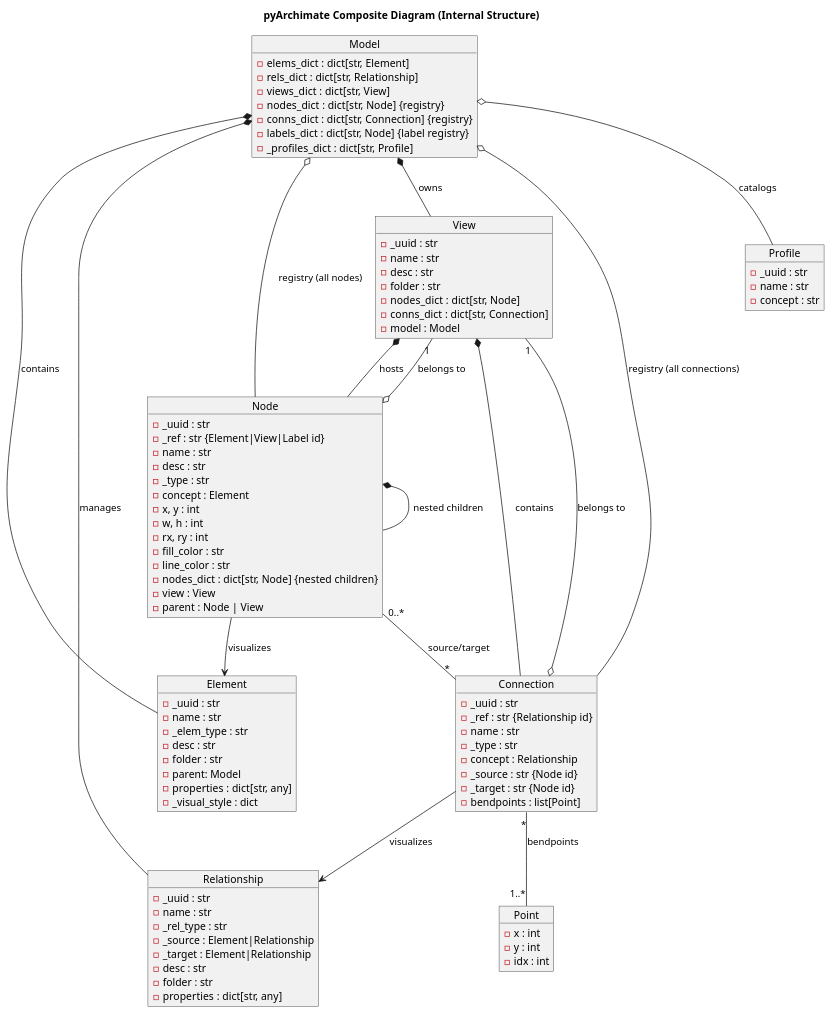
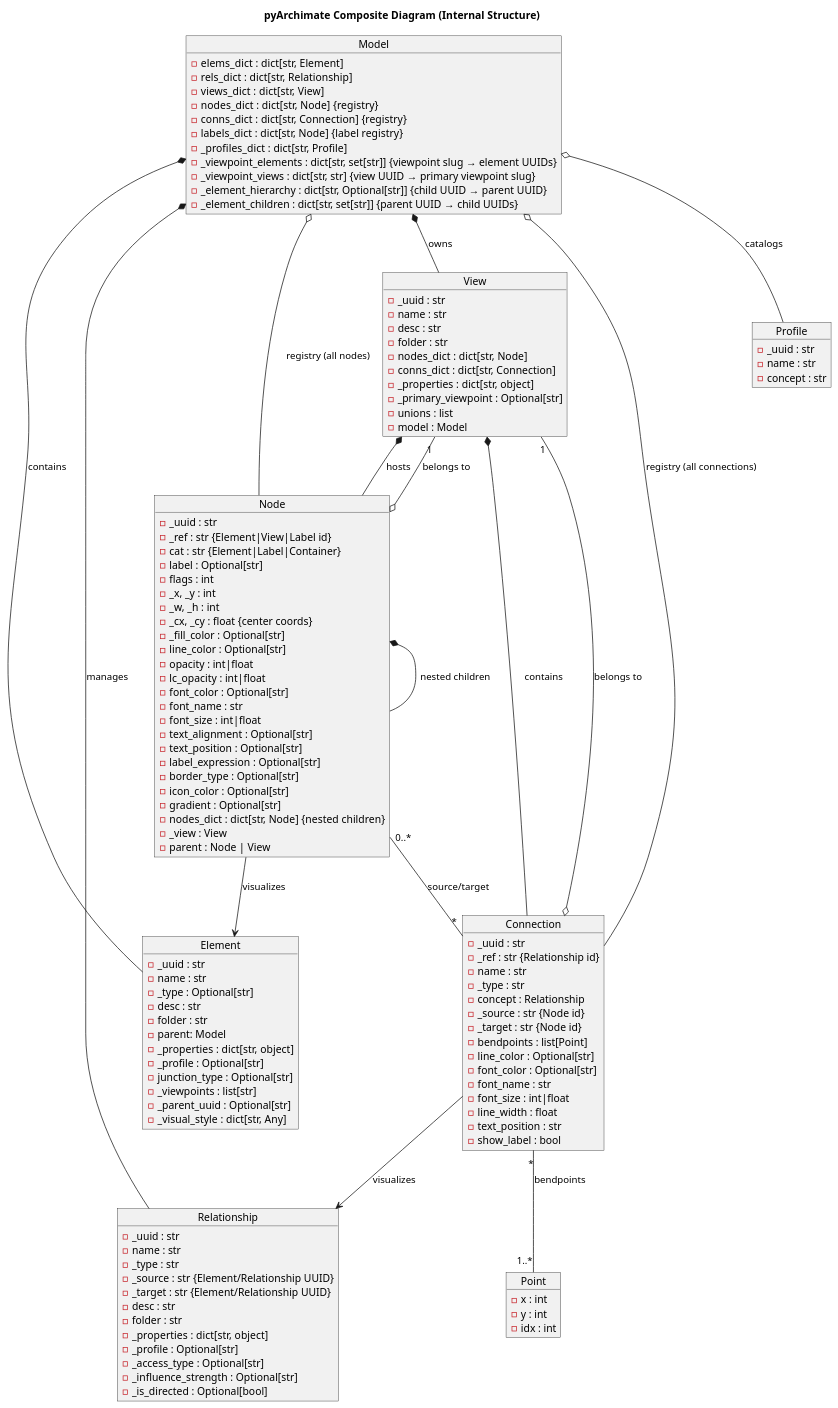
The diagram in docs/diagrams/composite.puml (pyArchimate/pyArchimate), drawn with PlantUML before and after one commit. The commit also changed 191 other files, not shown here.

Commit message:
docs: regenerate diagrams, AI.md, and Sphinx docs pre-release

```diff
--- a/docs/diagrams/composite.puml
+++ b/docs/diagrams/composite.puml
@@ -1,105 +1,137 @@
 @startuml
 title pyArchimate Composite Diagram (Internal Structure)
 
 object Model {
   - elems_dict : dict[str, Element]
   - rels_dict : dict[str, Relationship]
   - views_dict : dict[str, View]
   - nodes_dict : dict[str, Node] {registry}
   - conns_dict : dict[str, Connection] {registry}
   - labels_dict : dict[str, Node] {label registry}
   - _profiles_dict : dict[str, Profile]
+  - _viewpoint_elements : dict[str, set[str]] {viewpoint slug → element UUIDs}
+  - _viewpoint_views : dict[str, str] {view UUID → primary viewpoint slug}
+  - _element_hierarchy : dict[str, Optional[str]] {child UUID → parent UUID}
+  - _element_children : dict[str, set[str]] {parent UUID → child UUIDs}
 }
 
 object Element {
   - _uuid : str
   - name : str
-  - _elem_type : str
+  - _type : Optional[str]
   - desc : str
   - folder : str
   - parent: Model
-  - properties : dict[str, any]
-  - _visual_style : dict
+  - _properties : dict[str, object]
+  - _profile : Optional[str]
+  - junction_type : Optional[str]
+  - _viewpoints : list[str]
+  - _parent_uuid : Optional[str]
+  - _visual_style : dict[str, Any]
 }
 
 object Relationship {
   - _uuid : str
   - name : str
-  - _rel_type : str
-  - _source : Element|Relationship
-  - _target : Element|Relationship
+  - _type : str
+  - _source : str {Element/Relationship UUID}
+  - _target : str {Element/Relationship UUID}
   - desc : str
   - folder : str
-  - properties : dict[str, any]
+  - _properties : dict[str, object]
+  - _profile : Optional[str]
+  - _access_type : Optional[str]
+  - _influence_strength : Optional[str]
+  - _is_directed : Optional[bool]
 }
 
 object Profile {
   - _uuid : str
   - name : str
   - concept : str
 }
 
 object View {
   - _uuid : str
   - name : str
   - desc : str
   - folder : str
   - nodes_dict : dict[str, Node]
   - conns_dict : dict[str, Connection]
+  - _properties : dict[str, object]
+  - _primary_viewpoint : Optional[str]
+  - unions : list
   - model : Model
 }
 
 object Node {
   - _uuid : str
   - _ref : str {Element|View|Label id}
-  - name : str
-  - desc : str
-  - _type : str
-  - concept : Element
-  - x, y : int
-  - w, h : int
-  - rx, ry : int
-  - fill_color : str
-  - line_color : str
+  - cat : str {Element|Label|Container}
+  - label : Optional[str]
+  - flags : int
+  - _x, _y : int
+  - _w, _h : int
+  - _cx, _cy : float {center coords}
+  - _fill_color : Optional[str]
+  - line_color : Optional[str]
+  - opacity : int|float
+  - lc_opacity : int|float
+  - font_color : Optional[str]
+  - font_name : str
+  - font_size : int|float
+  - text_alignment : Optional[str]
+  - text_position : Optional[str]
+  - label_expression : Optional[str]
+  - border_type : Optional[str]
+  - icon_color : Optional[str]
+  - gradient : Optional[str]
   - nodes_dict : dict[str, Node] {nested children}
-  - view : View
+  - _view : View
   - parent : Node | View
 }
 
 object Connection {
   - _uuid : str
   - _ref : str {Relationship id}
   - name : str
   - _type : str
   - concept : Relationship
   - _source : str {Node id}
   - _target : str {Node id}
   - bendpoints : list[Point]
+  - line_color : Optional[str]
+  - font_color : Optional[str]
+  - font_name : str
+  - font_size : int|float
+  - line_width : float
+  - text_position : str
+  - show_label : bool
 }
 
 object Point {
   - x : int
   - y : int
   - idx : int
 }
 
 Model *-- Element : contains
 Model *-- Relationship : manages
 Model *-- View : owns
 Model o-- Profile : catalogs
 Model o-- Node : registry (all nodes)
 Model o-- Connection : registry (all connections)
 
 View *-- Node : hosts
 View *-- Connection : contains
 
 Node --> Element : visualizes
 Node *-- Node : nested children
 Node o-- "1" View : belongs to
 Node "0..*" -- "*" Connection : source/target
 
 Connection --> Relationship : visualizes
 Connection o-- "1" View : belongs to
 Connection "*" -- "1..*" Point : bendpoints
 
 @enduml
```
